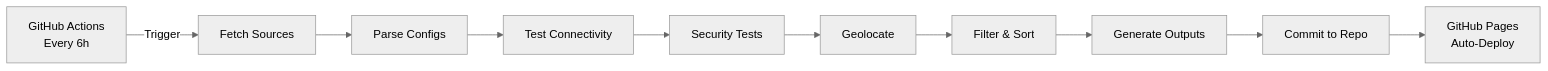
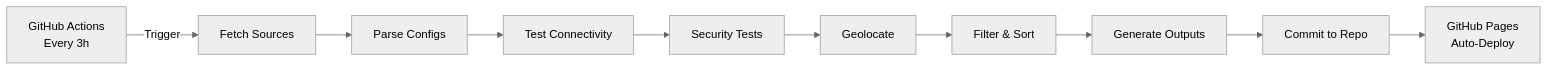
The diagram in README.md (AmirrezaFarnamTaheri/MassConfigMerger), drawn with Mermaid (neutral theme) before and after one commit. The commit also changed other lines of this file and 5 other files, not shown here.

````diff
--- a/README.md
+++ b/README.md
@@ -59,12 +59,12 @@
 ```mermaid
 graph LR
-    A[GitHub Actions<br/>Every 6h] -->|Trigger| B[Fetch Sources]
+    A[GitHub Actions<br/>Every 3h] -->|Trigger| B[Fetch Sources]
     B --> C[Parse Configs]
     C --> D[Test Connectivity]
     D --> E[Security Tests]
     E --> F[Geolocate]
     F --> G[Filter & Sort]
     G --> H[Generate Outputs]
     H --> I[Commit to Repo]
     I --> J[GitHub Pages<br/>Auto-Deploy]
 ```
````
